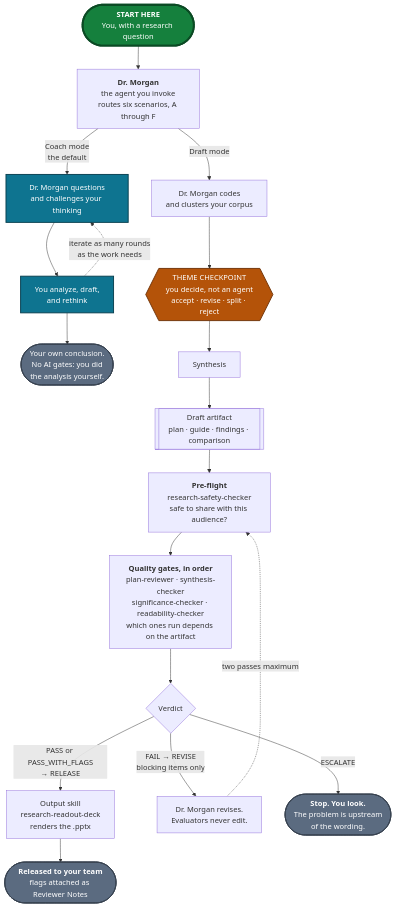
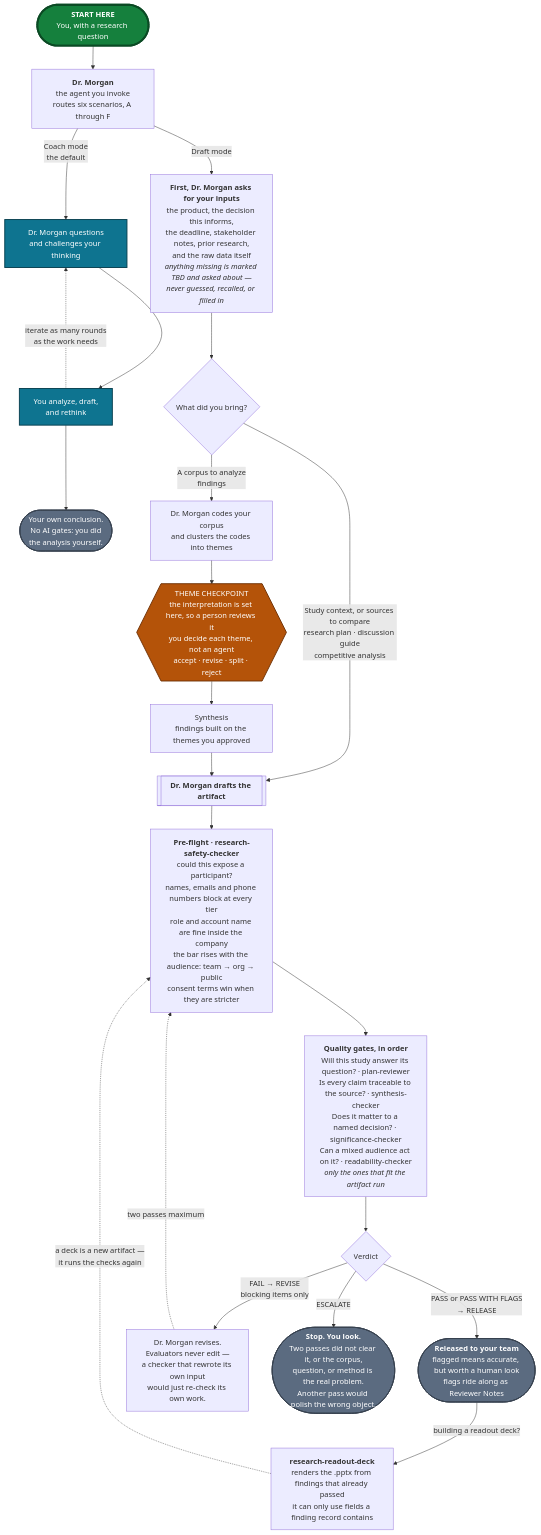
One commit to kirstenhosic/UX-Research-Skills changed the diagram in README.md. Above: the diagram before and after it, drawn with Mermaid. The commit also changed other lines of this file, not shown here.

````diff
--- a/README.md
+++ b/README.md
@@ -90,38 +90,48 @@
 ```mermaid
 flowchart TD
     START(["<b>START HERE</b><br/>You, with a research question"])
     START --> DM
 
     DM["<b>Dr. Morgan</b><br/>the agent you invoke<br/>routes six scenarios, A through F"]
 
     DM -->|"Coach mode<br/>the default"| COACH["Dr. Morgan questions<br/>and challenges your thinking"]
     COACH --> WORK["You analyze, draft,<br/>and rethink"]
     WORK -.->|"iterate as many rounds<br/>as the work needs"| COACH
     WORK --> ENDC(["Your own conclusion.<br/>No AI gates: you did<br/>the analysis yourself."])
 
-    DM -->|"Draft mode"| CL["Dr. Morgan codes<br/>and clusters your corpus"]
-    CL --> TC{{"THEME CHECKPOINT<br/>you decide, not an agent<br/>accept · revise · split · reject"}}
-    TC --> SY["Synthesis"]
-    SY --> ART[["Draft artifact<br/>plan · guide · findings · comparison"]]
+    DM -->|"Draft mode"| IN["<b>First, Dr. Morgan asks for your inputs</b><br/>the product, the decision this informs,<br/>the deadline, stakeholder notes, prior research,<br/>and the raw data itself<br/><i>anything missing is marked TBD and asked about —<br/>never guessed, recalled, or filled in</i>"]
+    IN --> Q{"What did you bring?"}
 
-    ART --> PF["<b>Pre-flight</b><br/>research-safety-checker<br/>safe to share with this audience?"]
-    PF --> G["<b>Quality gates, in order</b><br/>plan-reviewer · synthesis-checker<br/>significance-checker · readability-checker<br/>which ones run depends on the artifact"]
+    ART[["<b>Dr. Morgan drafts the artifact</b>"]]
+    CL["Dr. Morgan codes your corpus<br/>and clusters the codes into themes"]
+
+    Q -->|"Study context, or sources to compare<br/>research plan · discussion guide<br/>competitive analysis"| ART
+    Q -->|"A corpus to analyze<br/>findings"| CL
+
+    CL --> TC{{"THEME CHECKPOINT<br/>the interpretation is set here, so a person reviews it<br/>you decide each theme, not an agent<br/>accept · revise · split · reject"}}
+    TC --> SY["Synthesis<br/>findings built on the themes you approved"]
+    SY --> ART
+
+    ART --> PF["<b>Pre-flight · research-safety-checker</b><br/>could this expose a participant?<br/>names, emails and phone numbers block at every tier<br/>role and account name are fine inside the company<br/>the bar rises with the audience: team → org → public<br/>consent terms win when they are stricter"]
+    PF --> G["<b>Quality gates, in order</b><br/>Will this study answer its question? · plan-reviewer<br/>Is every claim traceable to the source? · synthesis-checker<br/>Does it matter to a named decision? · significance-checker<br/>Can a mixed audience act on it? · readability-checker<br/><i>only the ones that fit the artifact run</i>"]
     G --> V{"Verdict"}
 
-    V -->|"PASS or PASS_WITH_FLAGS<br/>→ RELEASE"| SK["Output skill<br/>research-readout-deck<br/>renders the .pptx"]
-    SK --> ENDR(["<b>Released to your team</b><br/>flags attached as Reviewer Notes"])
+    V -->|"PASS or PASS WITH FLAGS<br/>→ RELEASE"| ENDR(["<b>Released to your team</b><br/>flagged means accurate, but worth a human look<br/>flags ride along as Reviewer Notes"])
 
-    V -->|"FAIL → REVISE<br/>blocking items only"| RV["Dr. Morgan revises.<br/>Evaluators never edit."]
+    V -->|"FAIL → REVISE<br/>blocking items only"| RV["Dr. Morgan revises.<br/>Evaluators never edit —<br/>a checker that rewrote its own input<br/>would just re-check its own work."]
     RV -.->|"two passes maximum"| PF
 
-    V -->|"ESCALATE"| ENDE(["<b>Stop. You look.</b><br/>The problem is upstream<br/>of the wording."])
+    V -->|"ESCALATE"| ENDE(["<b>Stop. You look.</b><br/>Two passes did not clear it, or the corpus,<br/>question, or method is the real problem.<br/>Another pass would polish the wrong object."])
+
+    ENDR -->|"building a readout deck?"| SK["<b>research-readout-deck</b><br/>renders the .pptx from findings that already passed<br/>it can only use fields a finding record contains"]
+    SK -.->|"a deck is a new artifact —<br/>it runs the checks again"| PF
 
     classDef entry  fill:#15803D,stroke:#0B4A24,stroke-width:4px,color:#FFFFFF
     classDef coach  fill:#0E7490,stroke:#083F4F,stroke-width:2px,color:#FFFFFF
     classDef human  fill:#B45309,stroke:#6E3206,stroke-width:2px,color:#FFFFFF
     classDef ending fill:#5B6B80,stroke:#37424F,stroke-width:2px,color:#FFFFFF
     class START entry
     class COACH,WORK coach
     class TC human
     class ENDC,ENDR,ENDE ending
 ```
````
